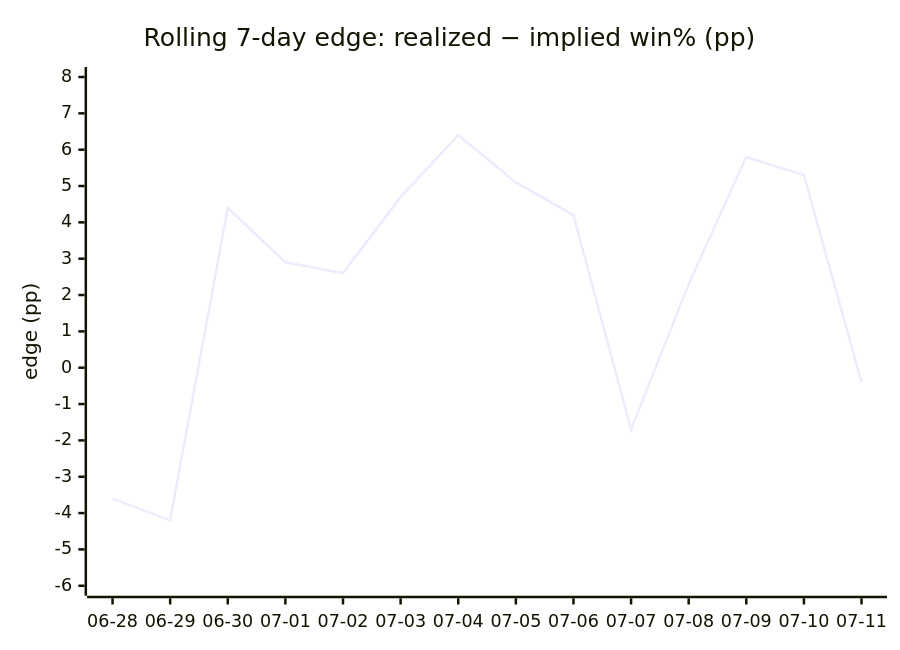
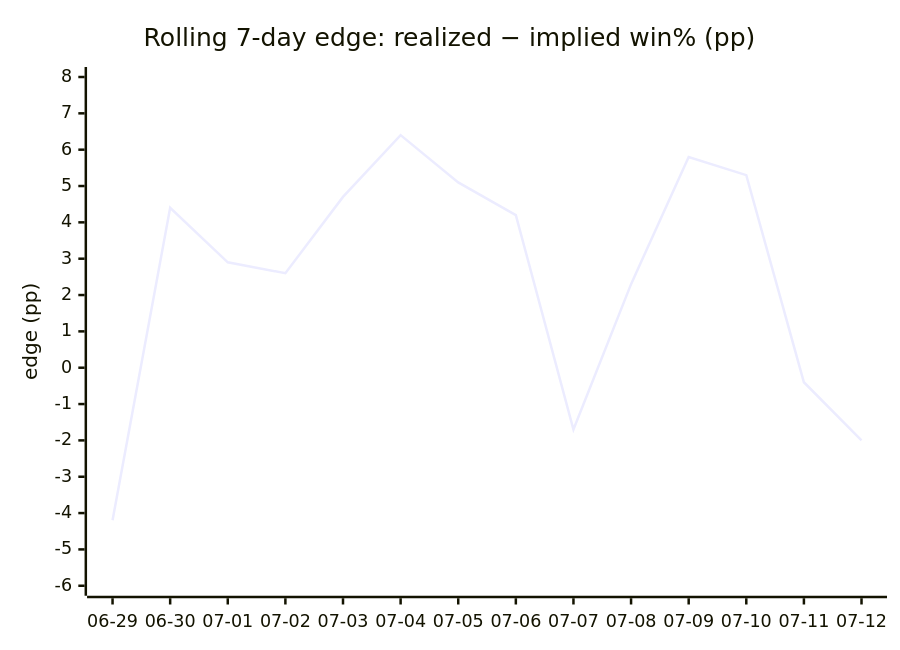
One commit to dpk1212/nhl-savant changed the fifth of 5 diagrams in DAILY_AGSU_REPORT.md. Above: the diagram before and after it, drawn with Mermaid. The commit also changed other lines of this file, not shown here.

````diff
--- a/DAILY_AGSU_REPORT.md
+++ b/DAILY_AGSU_REPORT.md
@@ -570,7 +652,7 @@
 ```mermaid
 xychart-beta
     title "Rolling 7-day edge: realized − implied win% (pp)"
-    x-axis ["06-28", "06-29", "06-30", "07-01", "07-02", "07-03", "07-04", "07-05", "07-06", "07-07", "07-08", "07-09", "07-10", "07-11"]
+    x-axis ["06-29", "06-30", "07-01", "07-02", "07-03", "07-04", "07-05", "07-06", "07-07", "07-08", "07-09", "07-10", "07-11", "07-12"]
     y-axis "edge (pp)" -6 --> 8
-    line [-3.6, -4.2, 4.4, 2.9, 2.6, 4.7, 6.4, 5.1, 4.2, -1.7, 2.3, 5.8, 5.3, -0.4]
+    line [-4.2, 4.4, 2.9, 2.6, 4.7, 6.4, 5.1, 4.2, -1.7, 2.3, 5.8, 5.3, -0.4, -2]
 ```
````
